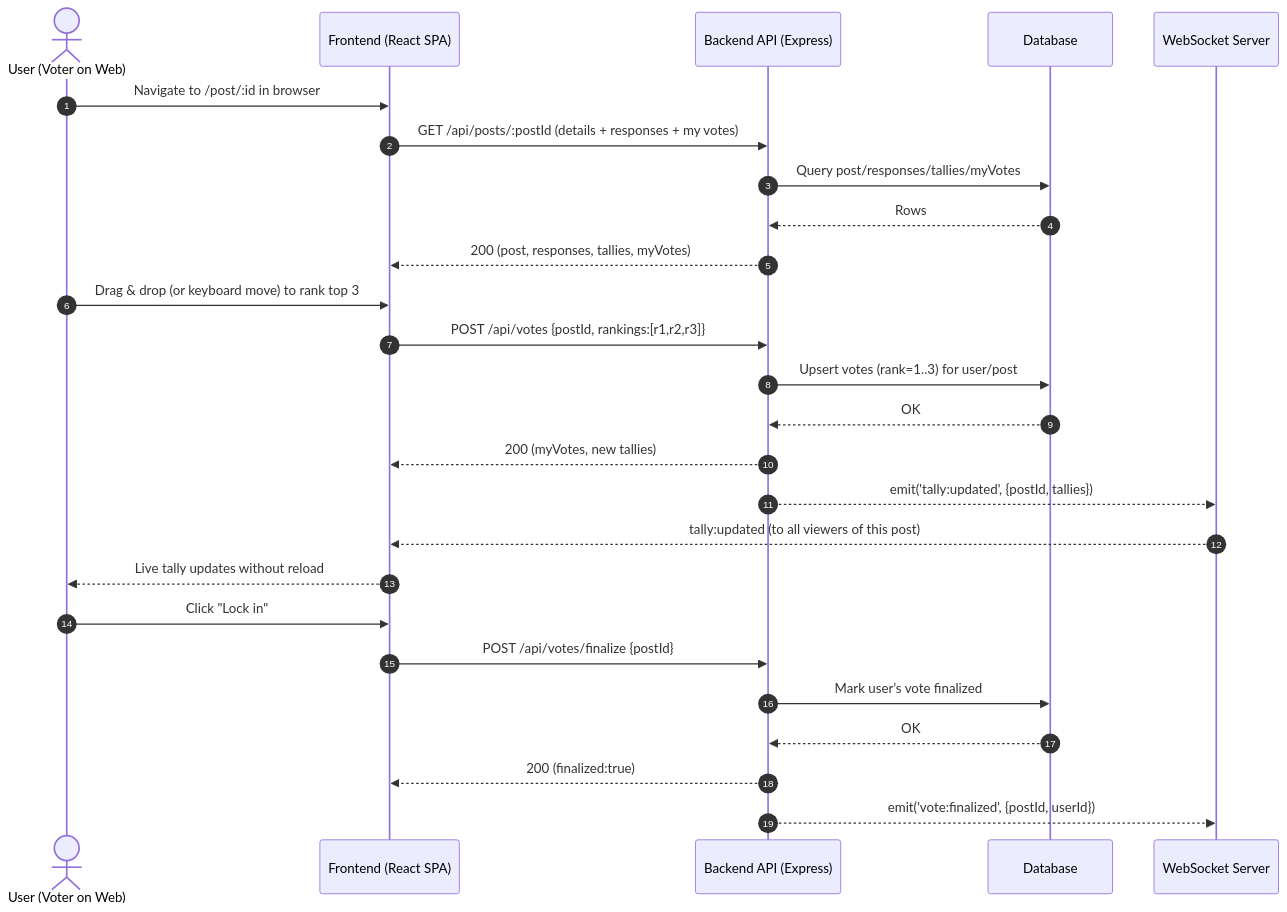
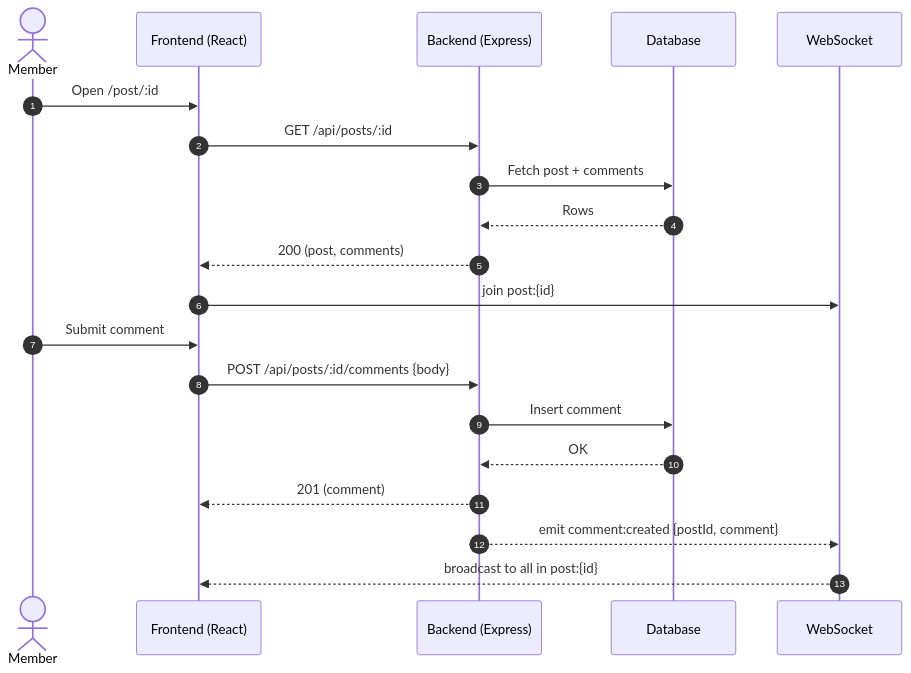
One commit to Siennapa/EmpowerHer changed the first of 4 diagrams in README.md. Above: the diagram before and after it, drawn with Mermaid. The commit also changed other lines of this file, not shown here.

````diff
--- a/README.md
+++ b/README.md
@@ -42,33 +42,25 @@
 ```mermaid
 sequenceDiagram
-    autonumber
-    actor U as User (Voter on Web)
-    participant FE as Frontend (React SPA)
-    participant API as Backend API (Express)
-    participant DB as Database
-    participant WS as WebSocket Server
+  autonumber
+  actor U as Member
+  participant FE as Frontend (React)
+  participant API as Backend (Express)
+  participant DB as Database
+  participant WS as WebSocket
 
-    U->>FE: Navigate to /post/:id in browser
-    FE->>API: GET /api/posts/:postId (details + responses + my votes)
-    API->>DB: Query post/responses/tallies/myVotes
-    DB-->>API: Rows
-    API-->>FE: 200 (post, responses, tallies, myVotes)
+  U->>FE: Open /post/:id
+  FE->>API: GET /api/posts/:id
+  API->>DB: Fetch post + comments
+  DB-->>API: Rows
+  API-->>FE: 200 (post, comments)
+  FE->>WS: join post:{id}
 
-    U->>FE: Drag & drop (or keyboard move) to rank top 3
-    FE->>API: POST /api/votes {postId, rankings:[r1,r2,r3]}
-    API->>DB: Upsert votes (rank=1..3) for user/post
-    DB-->>API: OK
-    API-->>FE: 200 (myVotes, new tallies)
-    API-->>WS: emit('tally:updated', {postId, tallies})
-
-    WS-->>FE: tally:updated (to all viewers of this post)
-    FE-->>U: Live tally updates without reload
-
-    U->>FE: Click "Lock in"
-    FE->>API: POST /api/votes/finalize {postId}
-    API->>DB: Mark user’s vote finalized
-    DB-->>API: OK
-    API-->>FE: 200 (finalized:true)
-    API-->>WS: emit('vote:finalized', {postId, userId})
+  U->>FE: Submit comment
+  FE->>API: POST /api/posts/:id/comments {body}
+  API->>DB: Insert comment
+  DB-->>API: OK
+  API-->>FE: 201 (comment)
+  API-->>WS: emit comment:created {postId, comment}
+  WS-->>FE: broadcast to all in post:{id}
 
 ```
````
